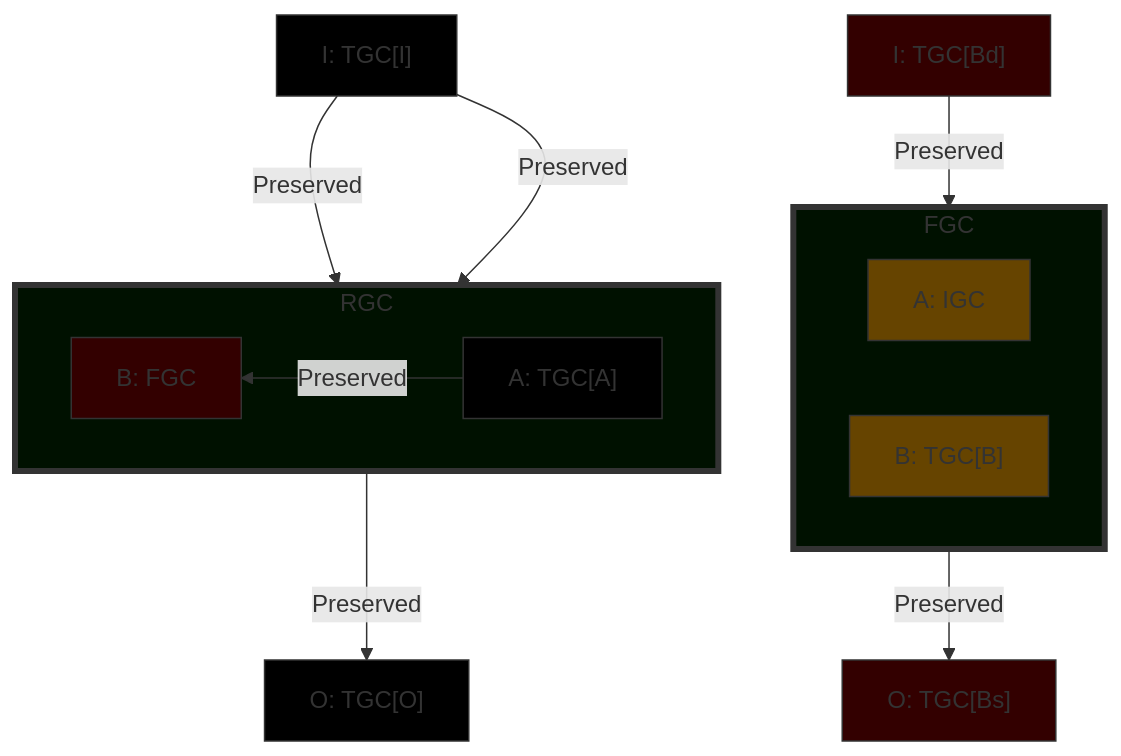
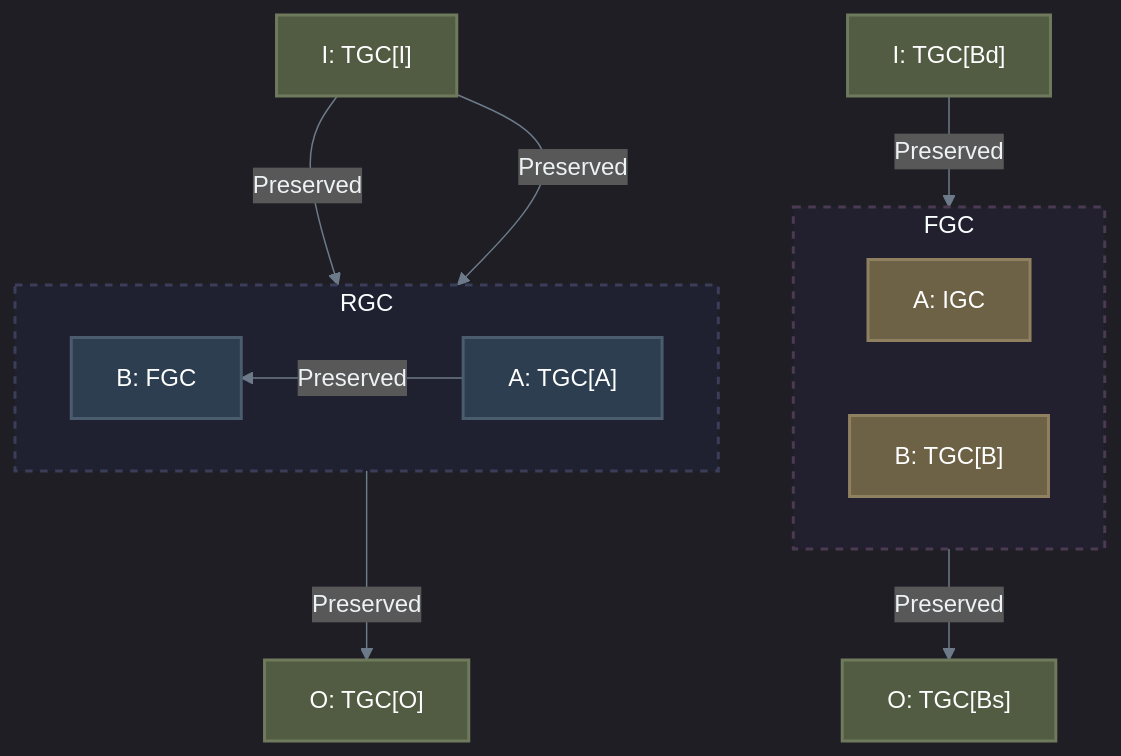
Before and after one commit to Shapedsundew9/erasmus-gp: the fifth of 6 diagrams in docs/components/core/physics/insertion.md, drawn with Mermaid. The commit also changed other lines of this file and 21 other files, not shown here.

First line of the commit message:
Enhance Mermaid Diagrams and Color Consistency Across Documentation

````diff
--- a/docs/components/core/physics/insertion.md
+++ b/docs/components/core/physics/insertion.md
@@ -181,41 +188,39 @@
 ```mermaid
-%% Insertion Case 4
+%%{init: { 'theme': 'dark', 'themeVariables': { 'lineColor': '#6c7a89', 'textColor': '#edf2f4', 'mainBkg': '#2b2d42', 'primaryBorderColor': '#4a4e69' }}}%%
 flowchart TB
-    I1["I: TGC[I]"]
+    %% Base/Default (Dark Slate)
+    classDef default fill:#2b2d42,stroke:#4a4e69,stroke-width:2px,color:#edf2f4
+    classDef dataBlue fill:#3a506b,stroke:#5c6b73,stroke-width:2px,color:#ffffff
+    classDef dataGreen fill:#425c52,stroke:#5d7a6f,stroke-width:2px,color:#ffffff
+    classDef dataGold fill:#6e6246,stroke:#8f8160,stroke-width:2px,color:#ffffff
+    classDef dataTeal fill:#3b5e60,stroke:#5b7a7c,stroke-width:2px,color:#ffffff
+    classDef dataOlive fill:#525c42,stroke:#6f7a5d,stroke-width:2px,color:#ffffff
+    classDef dataNavy fill:#2c3e50,stroke:#4a5c6e,stroke-width:2px,color:#ffffff
+    classDef zonePrimary fill:#1f2130,stroke:#3a3e59,stroke-width:2px,stroke-dasharray: 5 5
+    classDef zoneExternal fill:#221f2e,stroke:#4a3b52,stroke-width:2px,stroke-dasharray: 5 5
+
+    I1["I: TGC[I]"]:::dataOlive
     subgraph RGC
         direction RL
-        GCA1["A: TGC[A]"]
-        GCB1["B: FGC"]
+        GCA1["A: TGC[A]"]:::dataNavy
+        GCB1["B: FGC"]:::dataNavy
     end
-    O1["O: TGC[O]"]
+    O1["O: TGC[O]"]:::dataOlive
     I1 --Preserved-->GCA1
     I1 --Preserved-->GCB1
     GCA1 --Preserved-->GCB1
     GCB1 --Preserved--> O1
 
-    I2["I: TGC[Bd]"]
+    I2["I: TGC[Bd]"]:::dataOlive
     subgraph FGC
         direction RL
-        GCA2["A: IGC"]
-        GCB2["B: TGC[B]"]
+        GCA2["A: IGC"]:::dataGold
+        GCB2["B: TGC[B]"]:::dataGold
     end
-    O2["O: TGC[Bs]"]
+    O2["O: TGC[Bs]"]:::dataOlive
     I2 --Preserved--> GCB2
     GCB2 --Preserved--> O2
 
-classDef newGC fill:#010,stroke:#333,stroke-width:4px
-classDef newRow fill:#300,stroke:#333,stroke-width:1px
-classDef modified fill:#640,stroke:#333,stroke-width:1px
-classDef unchanged fill:#000,stroke:#333,stroke-width:1px
-
-class RGC newGC
-class GCB1 newRow
-class GCA1 unchanged
-class FGC newGC
-class GCA2 modified
-class GCB2 modified
-class I1 unchanged
-class I2 newRow
-class O1 unchanged
-class O2 newRow
+    class RGC zonePrimary
+    class FGC zoneExternal
 ```
````
